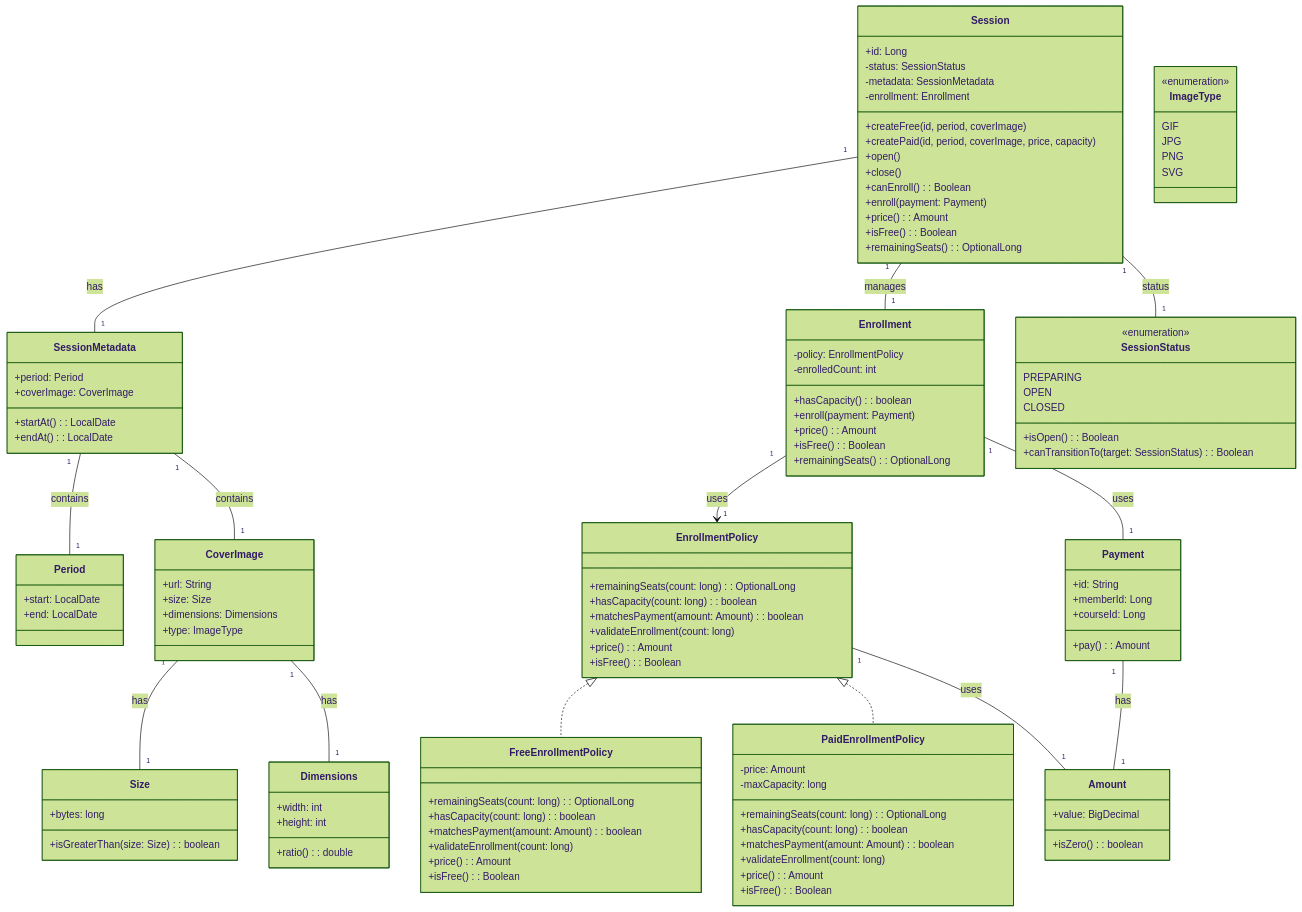
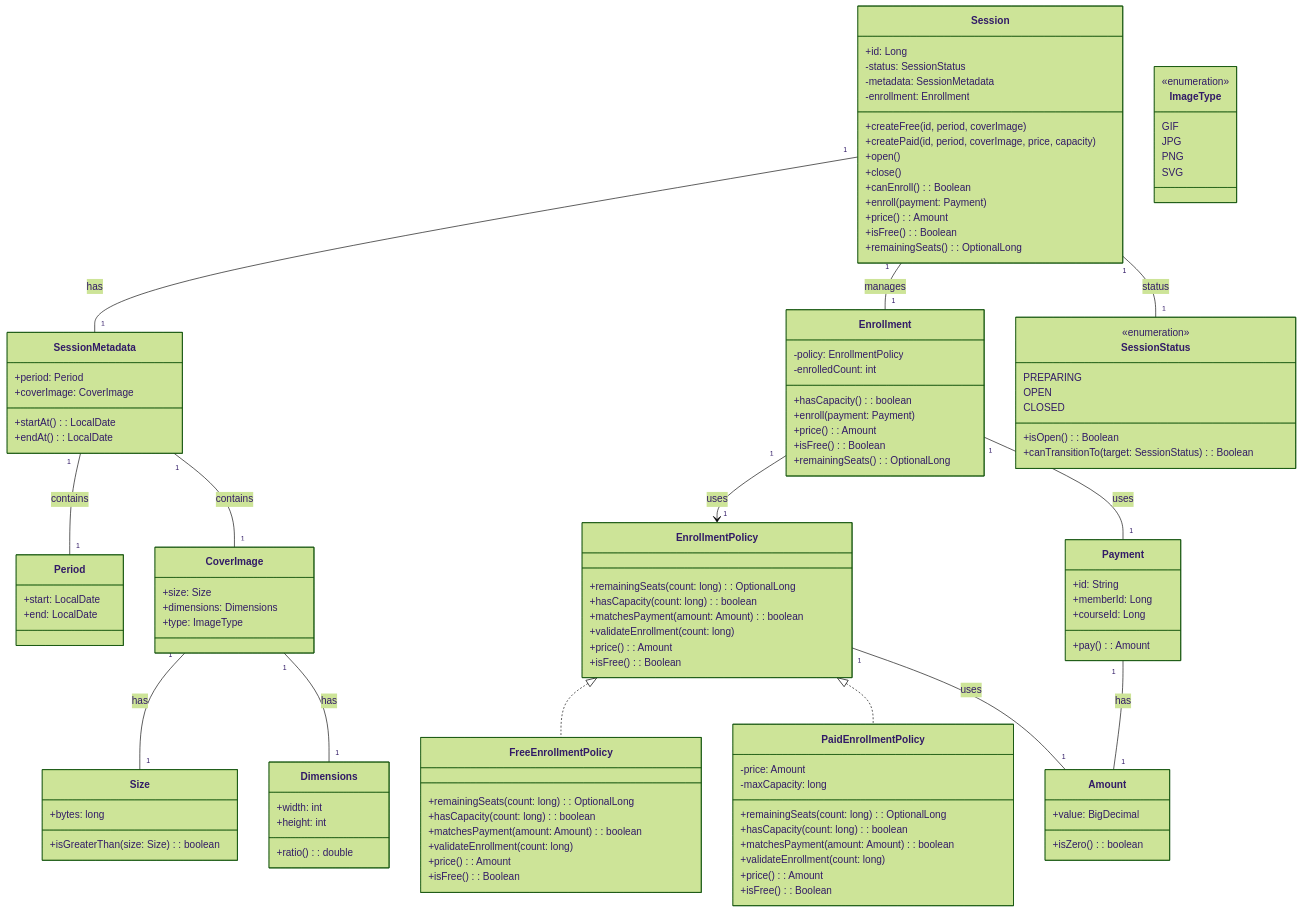
The diagram in src/main/java/객체구조.md (next-step/java-lms), drawn with Mermaid (forest theme) before and after one commit. The commit also changed 13 other files, not shown here.

```diff
--- a/src/main/java/객체구조.md
+++ b/src/main/java/객체구조.md
@@ -32,7 +32,6 @@
 }
 
 class CoverImage {
-  +url: String
   +size: Size
   +dimensions: Dimensions
   +type: ImageType
```
